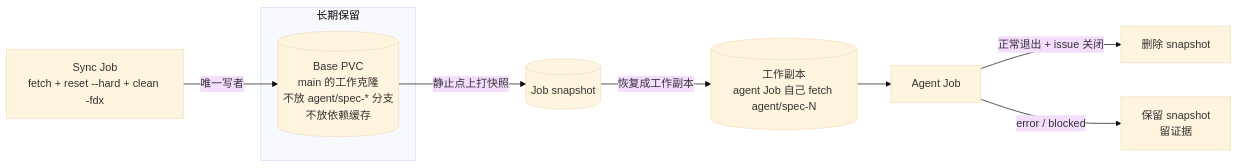
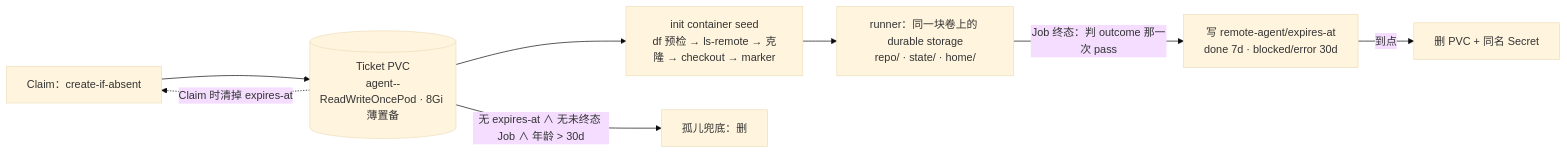
Before and after one commit to 2017fighting/remote-agent: the seventh of 9 diagrams in docs/architecture.md, drawn with Mermaid (base theme). The commit also changed other lines of this file and 151 other files, not shown here.

First line of the commit message:
remote-agent v1: App + Job image + CI (spec #33) (#44)

````diff
--- a/docs/architecture.md
+++ b/docs/architecture.md
@@ -266,14 +281,10 @@
 ```mermaid
 flowchart LR
-    subgraph Keep["长期保留"]
-        Base[("Base PVC<br/>main 的工作克隆<br/>不放 agent/spec-* 分支<br/>不放依赖缓存")]
-    end
-
-    Sync["Sync Job<br/>fetch + reset --hard + clean -fdx"] -->|"唯一写者"| Base
-    Base -->|"静止点上打快照"| Snap[("Job snapshot")]
-    Snap -->|"恢复成工作副本"| Work[("工作副本<br/>agent Job 自己 fetch agent/spec-N")]
-    Work --> Agent["Agent Job"]
-
-    Agent -->|"正常退出 + issue 关闭"| Del["删除 snapshot"]
-    Agent -->|"error / blocked"| Keep2["保留 snapshot<br/>留证据"]
+    Claim["Claim：create-if-absent"] --> PVC[("Ticket PVC<br/>agent-<repo-slug>-<issue#><br/>ReadWriteOncePod · 8Gi 薄置备")]
+    PVC --> Seed["init container seed<br/>df 预检 → ls-remote → 克隆 → checkout → marker"]
+    Seed --> Run["runner：同一块卷上的 durable storage<br/>repo/ · state/ · home/"]
+    Run -->|"Job 终态：判 outcome 那一次 pass"| Exp["写 remote-agent/expires-at<br/>done 7d · blocked/error 30d"]
+    Exp -->|"到点"| Del["删 PVC + 同名 Secret"]
+    PVC -.->|"Claim 时清掉 expires-at"| Claim
+    PVC -->|"无 expires-at ∧ 无未终态 Job ∧ 年龄 > 30d"| Orphan["孤儿兜底：删"]
 ```
````
